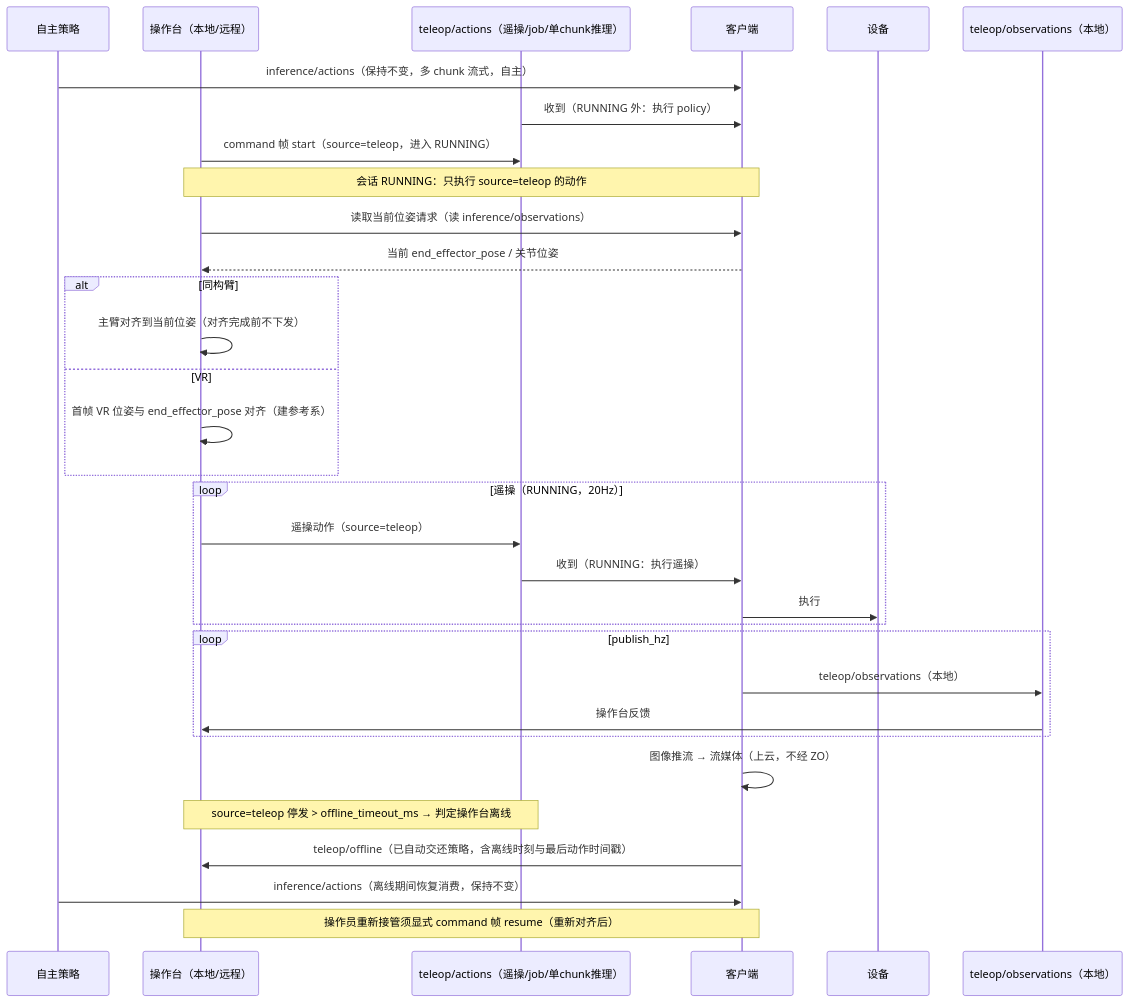
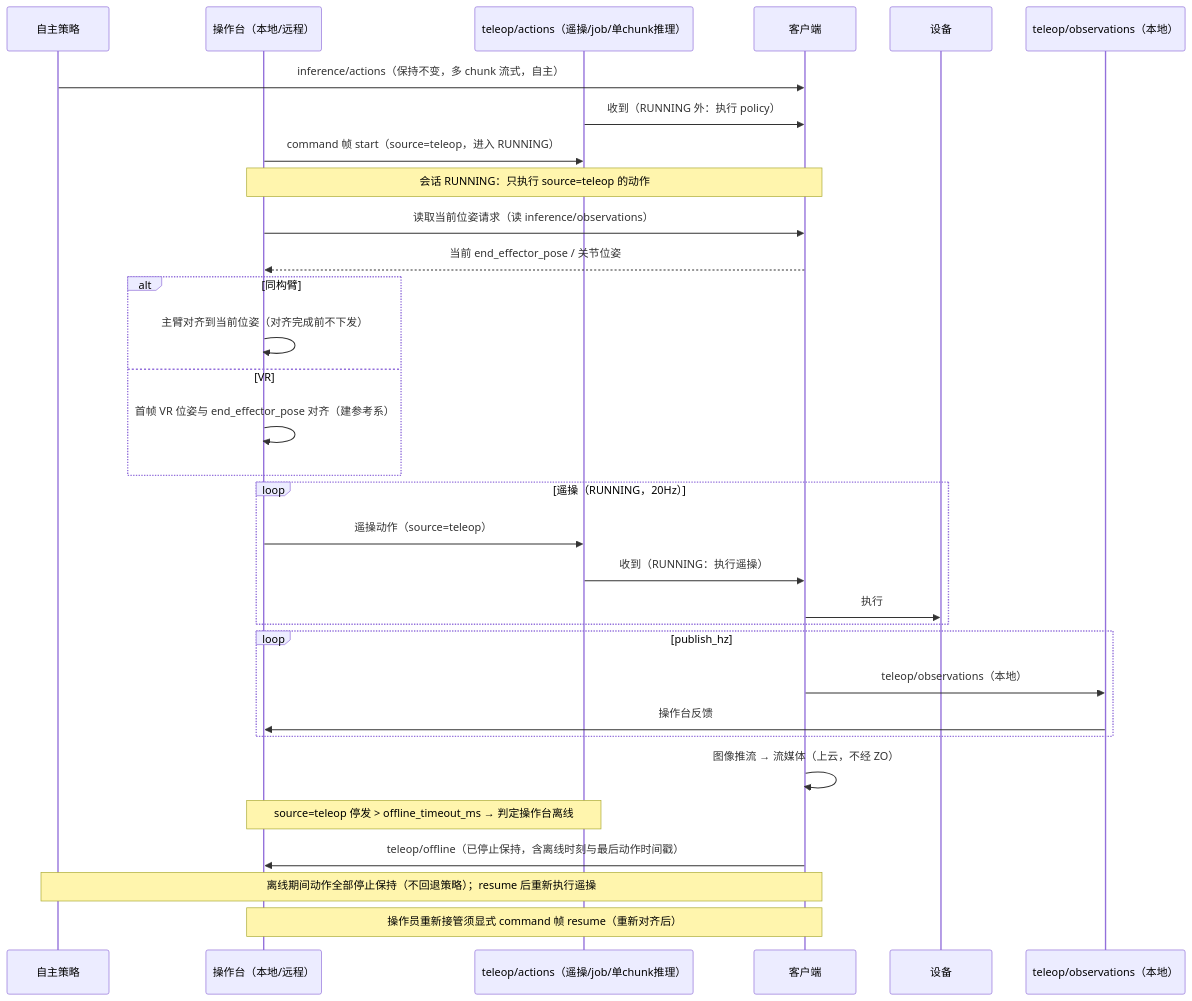
Before and after one commit to vincentguiling/cloudrobo-sdk-client: the diagram in docs/design/r2c-teleop-data-collection-design.md, drawn with Mermaid. The commit also changed other lines of this file, not shown here.

````diff
--- a/docs/design/r2c-teleop-data-collection-design.md
+++ b/docs/design/r2c-teleop-data-collection-design.md
@@ -143,35 +143,35 @@
 ```mermaid
 sequenceDiagram
     participant P as 自主策略
     participant O as 操作台（本地/远程）
     participant ZA as teleop/actions（遥操/job/单chunk推理）
     participant C as 客户端
     participant F as 设备
     participant ZO as teleop/observations（本地）
 
     P->>C: inference/actions（保持不变，多 chunk 流式，自主）
     ZA->>C: 收到（RUNNING 外：执行 policy）
     O->>ZA: command 帧 start（source=teleop，进入 RUNNING）
     Note over O,C: 会话 RUNNING：只执行 source=teleop 的动作
     O->>C: 读取当前位姿请求（读 inference/observations）
     C-->>O: 当前 end_effector_pose / 关节位姿
     alt 同构臂
         O->>O: 主臂对齐到当前位姿（对齐完成前不下发）
     else VR
         O->>O: 首帧 VR 位姿与 end_effector_pose 对齐（建参考系）
     end
     loop 遥操（RUNNING，20Hz）
         O->>ZA: 遥操动作（source=teleop）
         ZA->>C: 收到（RUNNING：执行遥操）
         C->>F: 执行
     end
     loop publish_hz
         C->>ZO: teleop/observations（本地）
         ZO->>O: 操作台反馈
     end
     C->>C: 图像推流 → 流媒体（上云，不经 ZO）
     Note over O,ZA: source=teleop 停发 > offline_timeout_ms → 判定操作台离线
-    C->>O: teleop/offline（已自动交还策略，含离线时刻与最后动作时间戳）
-    P->>C: inference/actions（离线期间恢复消费，保持不变）
+    C->>O: teleop/offline（已停止保持，含离线时刻与最后动作时间戳）
+    Note over P,C: 离线期间动作全部停止保持（不回退策略）；resume 后重新执行遥操
     Note over O,C: 操作员重新接管须显式 command 帧 resume（重新对齐后）
 ```
````
